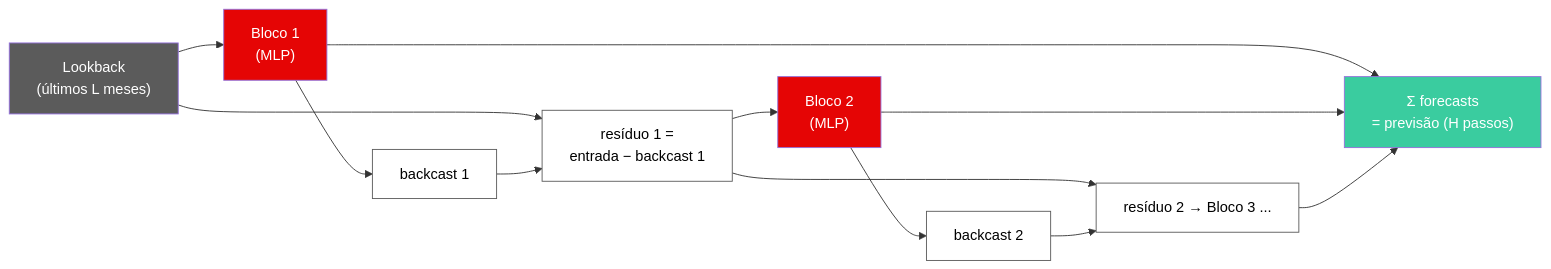
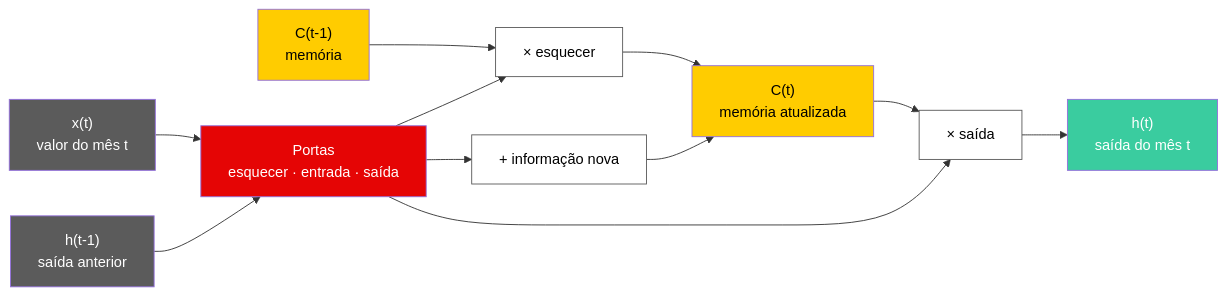
Before and after one commit to padsInsper/202632-fa: the sixth of 7 diagrams in labs/lab02-pipeline.qmd, drawn with Mermaid. The commit also changed other lines of this file and 3 other files, not shown here.

First line of the commit message:
docs(lab02): N-BEATS pratico, diagrama da celula LSTM (+ref), LSTM no notebook

````diff
--- a/labs/lab02-pipeline.qmd
+++ b/labs/lab02-pipeline.qmd
@@ -858,22 +868,22 @@
 ```{mermaid}
 flowchart LR
-    I["Lookback<br/>(últimos L meses)"] --> B1["Bloco 1<br/>(MLP)"]
-    B1 --> BC1["backcast 1"]
-    I --> R1["resíduo 1 =<br/>entrada − backcast 1"]
-    BC1 --> R1
-    R1 --> B2["Bloco 2<br/>(MLP)"]
-    B2 --> BC2["backcast 2"]
-    R1 --> R2["resíduo 2 → Bloco 3 ..."]
-    BC2 --> R2
-    B1 --> S["Σ forecasts<br/>= previsão (H passos)"]
-    B2 --> S
-    R2 --> S
-    style I fill:#5B5B5B,color:#fff
-    style B1 fill:#E50505,color:#fff
-    style B2 fill:#E50505,color:#fff
-    style S fill:#3ACC9F,color:#fff
-    style BC1 fill:#ffffff,color:#000,stroke:#5B5B5B
-    style BC2 fill:#ffffff,color:#000,stroke:#5B5B5B
-    style R1 fill:#ffffff,color:#000,stroke:#5B5B5B
-    style R2 fill:#ffffff,color:#000,stroke:#5B5B5B
+    X["x(t)<br/>valor do mês t"] --> G["Portas<br/>esquecer · entrada · saída"]
+    HP["h(t-1)<br/>saída anterior"] --> G
+    CP["C(t-1)<br/>memória"] --> FG["× esquecer"]
+    G --> FG
+    G --> IG["+ informação nova"]
+    FG --> C["C(t)<br/>memória atualizada"]
+    IG --> C
+    C --> OG["× saída"]
+    G --> OG
+    OG --> H["h(t)<br/>saída do mês t"]
+    style X fill:#5B5B5B,color:#fff
+    style HP fill:#5B5B5B,color:#fff
+    style CP fill:#FFCC00,color:#000
+    style C fill:#FFCC00,color:#000
+    style G fill:#E50505,color:#fff
+    style FG fill:#ffffff,color:#000,stroke:#5B5B5B
+    style IG fill:#ffffff,color:#000,stroke:#5B5B5B
+    style OG fill:#ffffff,color:#000,stroke:#5B5B5B
+    style H fill:#3ACC9F,color:#fff
 ```
````
